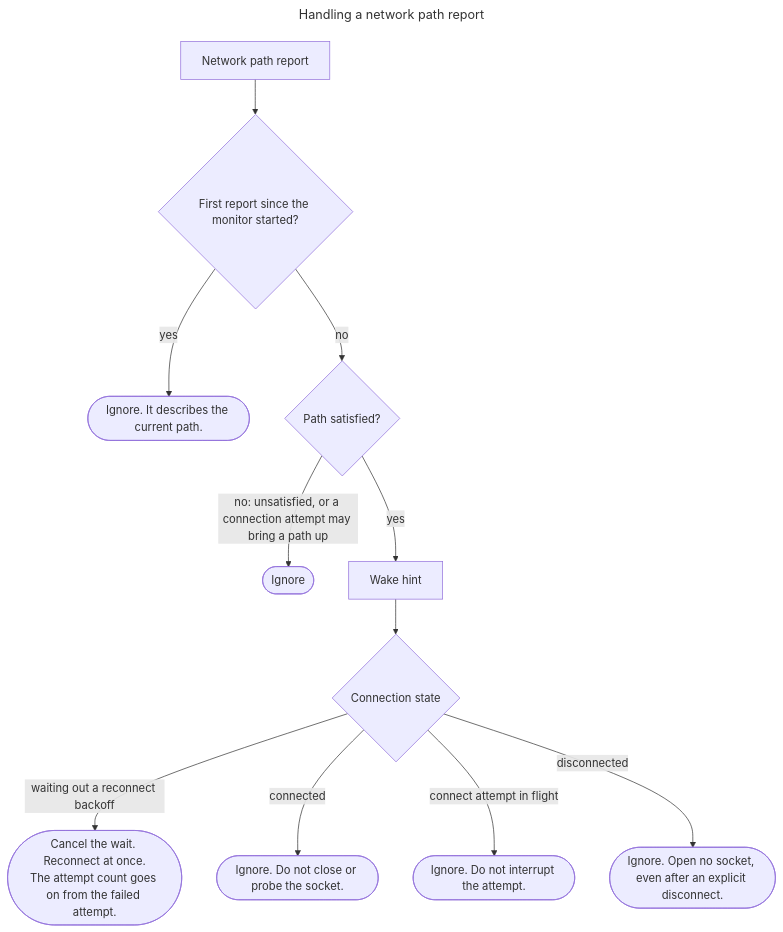
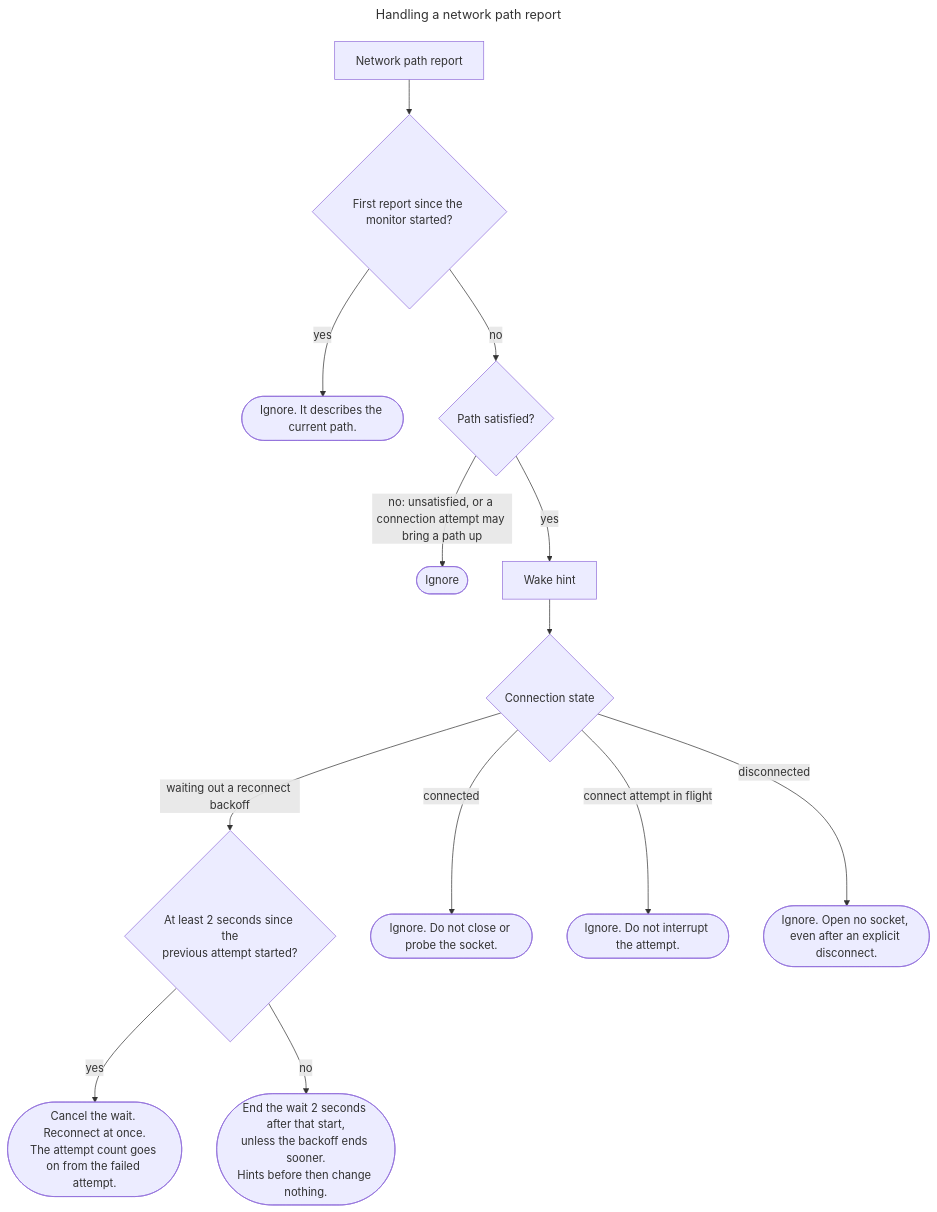
Before and after one commit to supabase/sdk: the diagram in packages/capability-matrix/specs/realtime/configuration/network_path_wake.md, drawn with Mermaid. The commit also changed other lines of this file, not shown here.

````diff
--- a/packages/capability-matrix/specs/realtime/configuration/network_path_wake.md
+++ b/packages/capability-matrix/specs/realtime/configuration/network_path_wake.md
@@ -17,16 +25,18 @@
 ```mermaid
 ---
 title: Handling a network path report
 ---
 flowchart TB
     A["Network path report"] --> F{"First report since the monitor started?"}
     F -- yes --> I1(["Ignore. It describes the current path."])
     F -- no --> S{"Path satisfied?"}
     S -- "no: unsatisfied, or a connection attempt may bring a path up" --> I2(["Ignore"])
     S -- yes --> H["Wake hint"]
     H --> ST{"Connection state"}
-    ST -- "waiting out a reconnect backoff" --> R(["Cancel the wait. Reconnect at once.<br>The attempt count goes on from the failed attempt."])
+    ST -- "waiting out a reconnect backoff" --> CD{"At least 2 seconds since the<br>previous attempt started?"}
+    CD -- yes --> R(["Cancel the wait. Reconnect at once.<br>The attempt count goes on from the failed attempt."])
+    CD -- no --> D(["End the wait 2 seconds after that start,<br>unless the backoff ends sooner.<br>Hints before then change nothing."])
     ST -- connected --> I3(["Ignore. Do not close or probe the socket."])
     ST -- "connect attempt in flight" --> I4(["Ignore. Do not interrupt the attempt."])
     ST -- disconnected --> I5(["Ignore. Open no socket, even after an explicit disconnect."])
 ```
````
